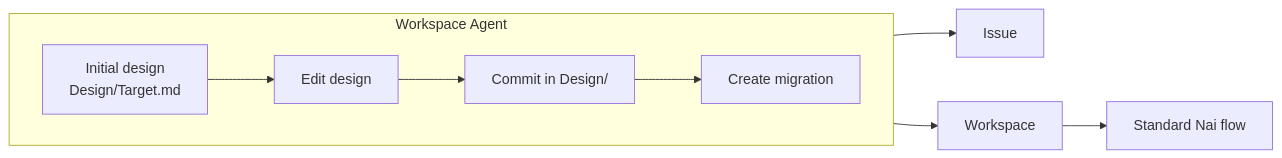
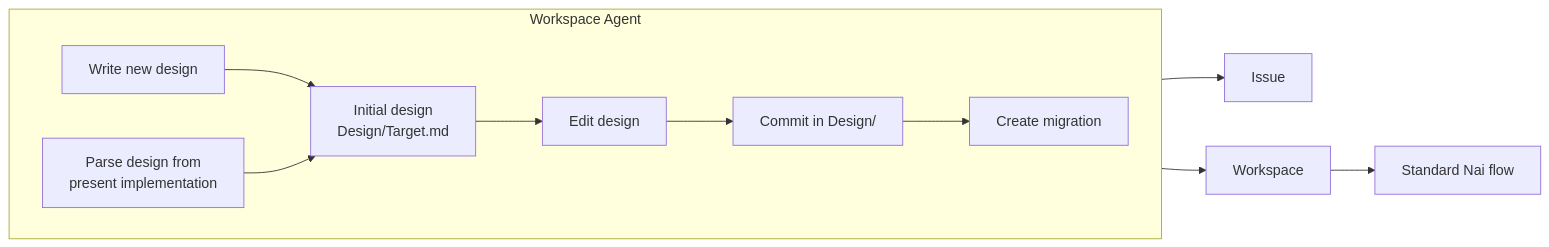
Before and after one commit to piontkovsk11andre1/nai-design-addon: the diagram in README.md, drawn with Mermaid.

Commit message:
Update flowchart in README to include design writing and parsing steps

````diff
--- a/README.md
+++ b/README.md
@@ -19,13 +19,18 @@
 ```mermaid
 flowchart LR
     subgraph WA [Workspace Agent]
         direction LR
-        Start[Initial design<br/>Design/Target.md] --> Edit[Edit design]
+        Write[Write new design]
+        Parse[Parse design from<br/>present implementation]
+        Start[Initial design<br/>Design/Target.md]
+        Write --> Start
+        Parse --> Start
+        Start --> Edit[Edit design]
         Edit --> Commit[Commit in Design/]
         Commit --> Migration[Create migration]
     end
 
     Migration --> Issue[Issue]
     Migration --> Workspace[Workspace]
     Workspace --> Nai[Standard Nai flow]
 ```
````
